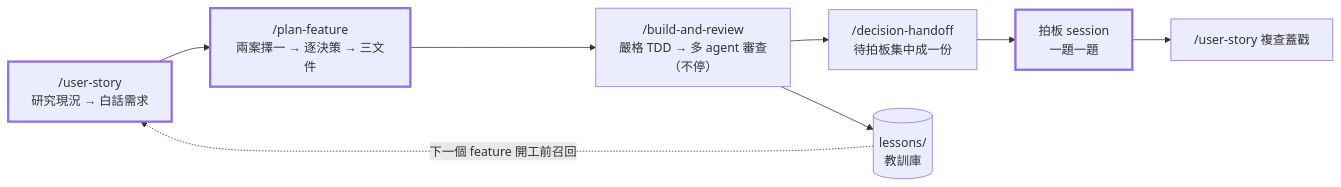
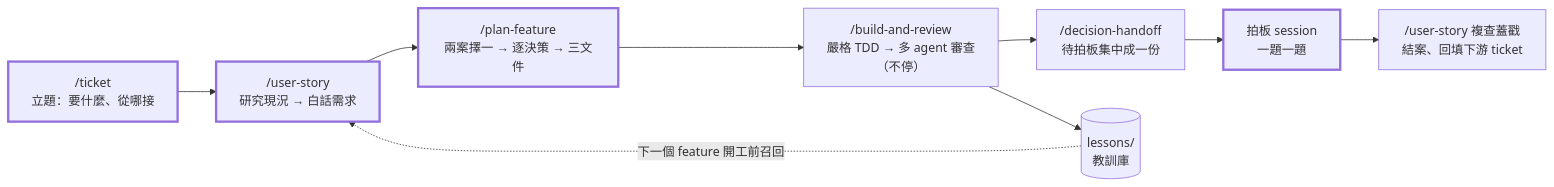
Before and after one commit to wrbyepct/sdd-harness: the diagram in README.md, drawn with Mermaid. The commit also changed other lines of this file and 23 other files, not shown here.

````diff
--- a/README.md
+++ b/README.md
@@ -18,15 +18,17 @@
 ```mermaid
 flowchart LR
-    U["/user-story<br/>研究現況 → 白話需求"] --> P["/plan-feature<br/>兩案擇一 → 逐決策 → 三文件"]
+    T["/ticket<br/>立題：要什麼、從哪接"] --> U["/user-story<br/>研究現況 → 白話需求"]
+    U --> P["/plan-feature<br/>兩案擇一 → 逐決策 → 三文件"]
     P --> B["/build-and-review<br/>嚴格 TDD → 多 agent 審查<br/>（不停）"]
     B --> D["/decision-handoff<br/>待拍板集中成一份"]
     D --> H["拍板 session<br/>一題一題"]
-    H --> V["/user-story 複查蓋戳"]
+    H --> V["/user-story 複查蓋戳<br/>結案、回填下游 ticket"]
     B --> L[("lessons/<br/>教訓庫")]
     L -. 下一個 feature 開工前召回 .-> U
 
+    T:::gate
     U:::gate
     P:::gate
     H:::gate
     classDef gate stroke-width:3px
 ```
````
